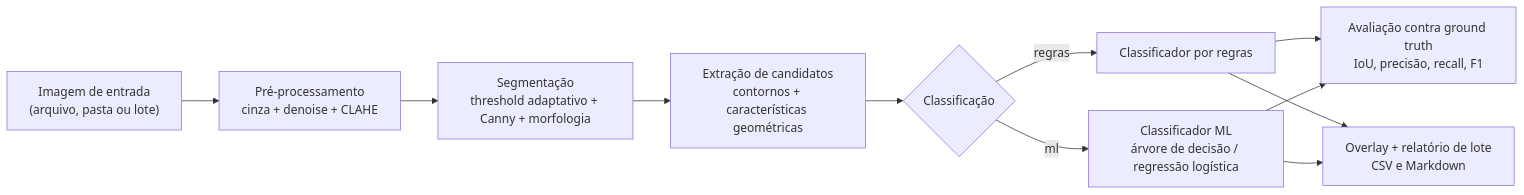
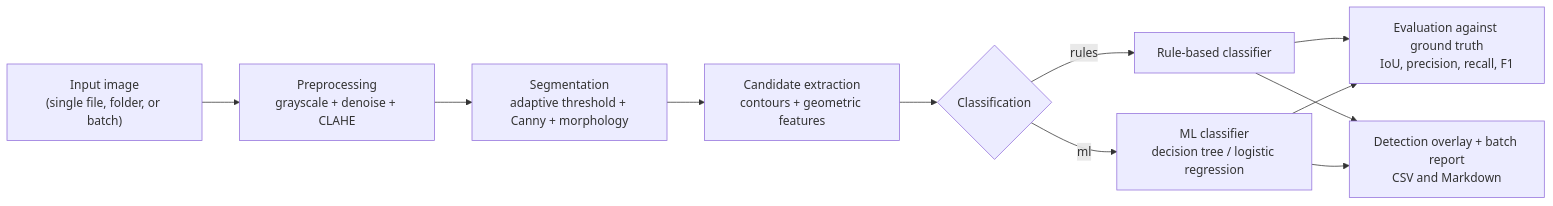
One commit to liviagama/inspecao-visual-superficie changed the diagram in README.md. Above: the diagram before and after it, drawn with Mermaid. The commit also changed other lines of this file and 1 other file, not shown here.

First line of the commit message:
Traduz README para inglês técnico, mantém pt-BR em arquivo separado

````diff
--- a/README.md
+++ b/README.md
@@ -28,13 +30,13 @@
 ```mermaid
 flowchart LR
-    A["Imagem de entrada<br/>(arquivo, pasta ou lote)"] --> B["Pré-processamento<br/>cinza + denoise + CLAHE"]
-    B --> C["Segmentação<br/>threshold adaptativo + Canny + morfologia"]
-    C --> D["Extração de candidatos<br/>contornos + características geométricas"]
-    D --> E{"Classificação"}
-    E -->|regras| F["Classificador por regras"]
-    E -->|ml| G["Classificador ML<br/>árvore de decisão / regressão logística"]
-    F --> H["Avaliação contra ground truth<br/>IoU, precisão, recall, F1"]
+    A["Input image<br/>(single file, folder, or batch)"] --> B["Preprocessing<br/>grayscale + denoise + CLAHE"]
+    B --> C["Segmentation<br/>adaptive threshold + Canny + morphology"]
+    C --> D["Candidate extraction<br/>contours + geometric features"]
+    D --> E{"Classification"}
+    E -->|rules| F["Rule-based classifier"]
+    E -->|ml| G["ML classifier<br/>decision tree / logistic regression"]
+    F --> H["Evaluation against ground truth<br/>IoU, precision, recall, F1"]
     G --> H
-    F --> I["Overlay + relatório de lote<br/>CSV e Markdown"]
+    F --> I["Detection overlay + batch report<br/>CSV and Markdown"]
     G --> I
 ```
````
